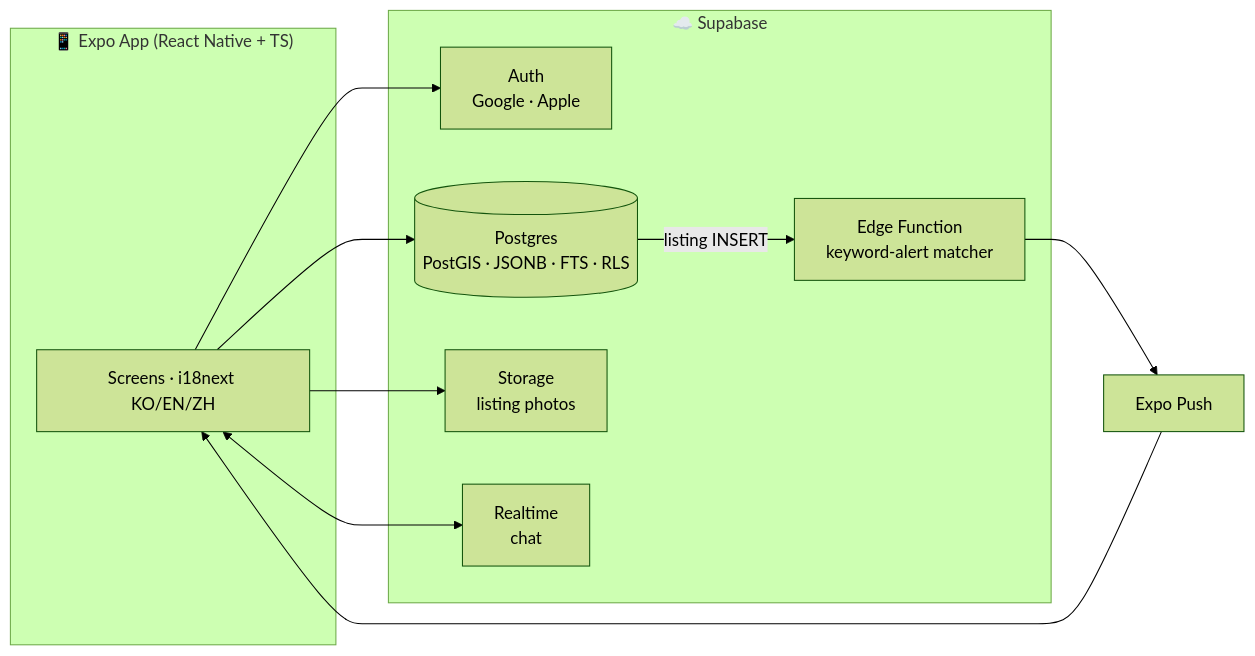
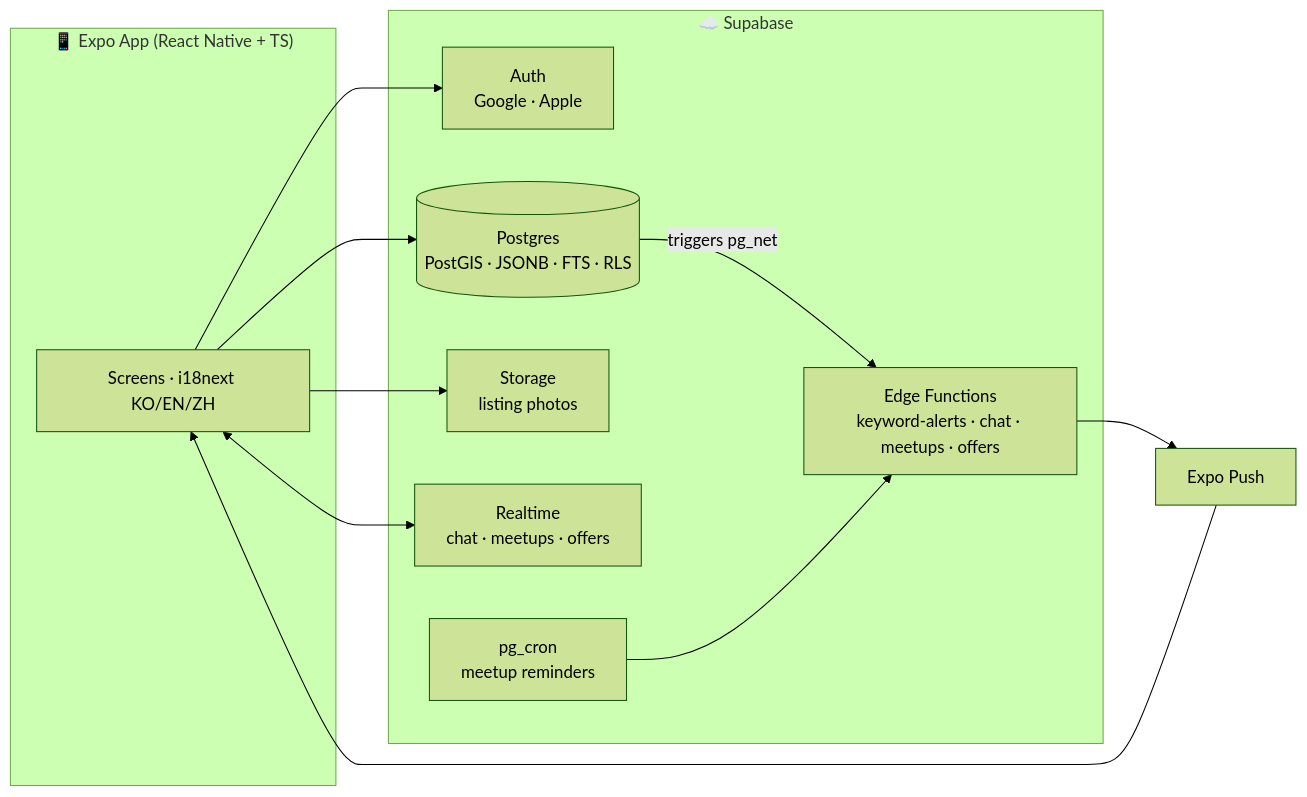
One commit to IT-Yun/torrens-market changed the diagram in README.md. Above: the diagram before and after it, drawn with Mermaid (forest theme). The commit also changed other lines of this file, not shown here.

Commit message:
README: refresh feature list, architecture, and ADR index

````diff
--- a/README.md
+++ b/README.md
@@ -31,20 +43,22 @@
 ```mermaid
 flowchart LR
     subgraph Mobile["📱 Expo App (React Native + TS)"]
         UI[Screens · i18next KO/EN/ZH]
     end
     subgraph Supabase["☁️ Supabase"]
         AUTH[Auth<br/>Google · Apple]
         DB[(Postgres<br/>PostGIS · JSONB · FTS · RLS)]
         ST[Storage<br/>listing photos]
-        RT[Realtime<br/>chat]
-        EF[Edge Function<br/>keyword-alert matcher]
+        RT[Realtime<br/>chat · meetups · offers]
+        EF[Edge Functions<br/>keyword-alerts · chat · meetups · offers]
+        CRON[pg_cron<br/>meetup reminders]
     end
     PUSH[Expo Push]
 
     UI --> AUTH
     UI --> DB
     UI --> ST
     UI <--> RT
-    DB -- listing INSERT --> EF --> PUSH --> UI
+    DB -- triggers pg_net --> EF --> PUSH --> UI
+    CRON --> EF
 ```
````
